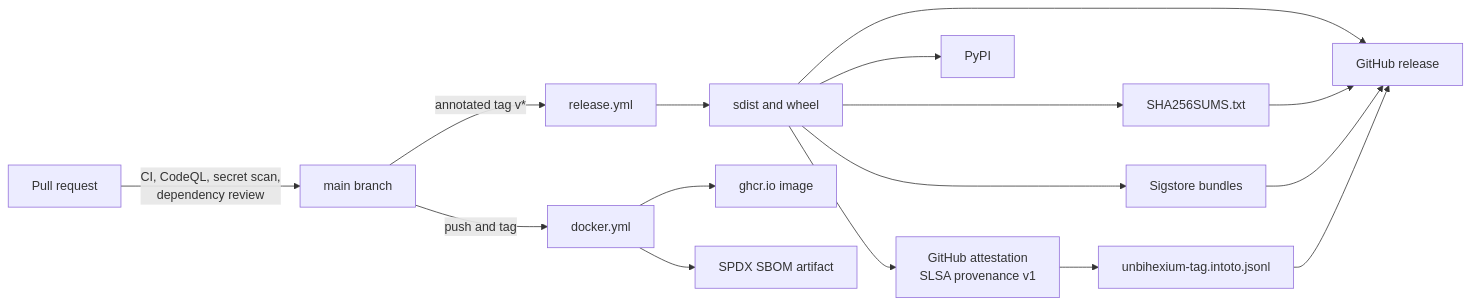
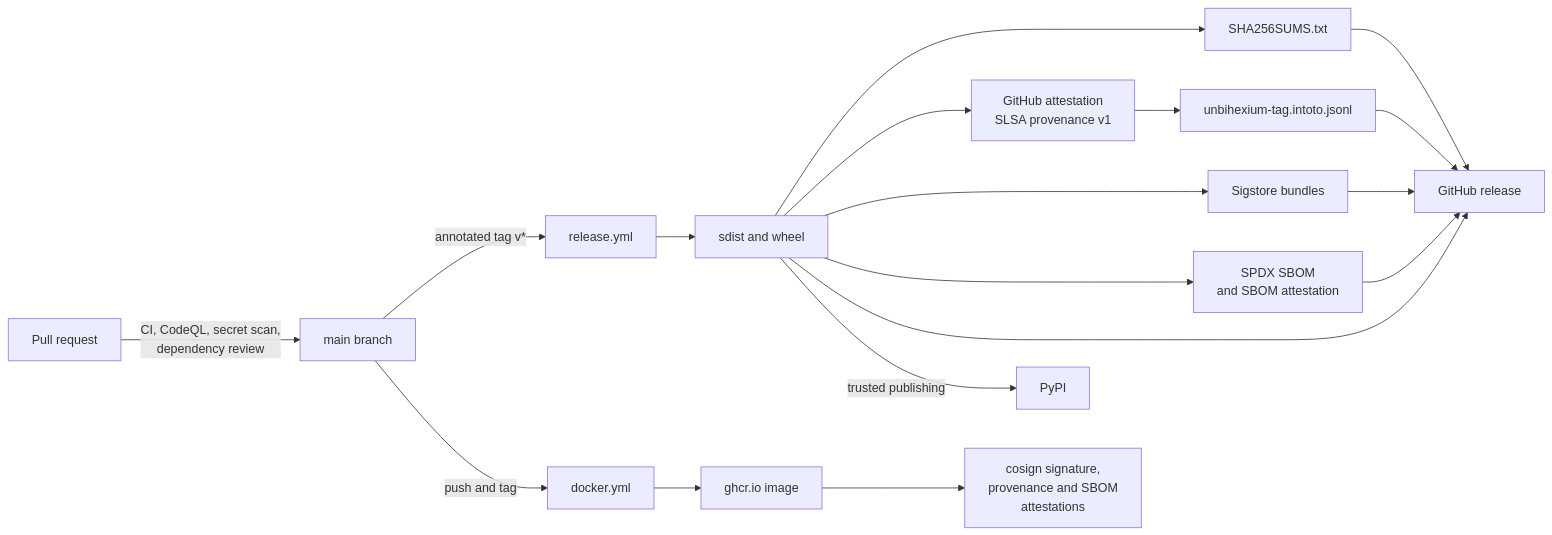
The diagram in docs/security/supply_chain_security.md (unbihexium-oss/unbihexium), drawn with Mermaid before and after one commit. The commit also changed other lines of this file and 16 other files, not shown here.

First line of the commit message:
docs: describe the platform tests, trusted publishing, signing, SBOMs and gates

````diff
--- a/docs/security/supply_chain_security.md
+++ b/docs/security/supply_chain_security.md
@@ -59,18 +59,20 @@
 ```mermaid
 flowchart LR
     A[Pull request] -->|CI, CodeQL, secret scan,<br/>dependency review| B[main branch]
     B -->|annotated tag v*| C[release.yml]
     C --> D[sdist and wheel]
     D --> E[SHA256SUMS.txt]
     D --> F[GitHub attestation<br/>SLSA provenance v1]
     D --> G[Sigstore bundles]
+    D --> S[SPDX SBOM<br/>and SBOM attestation]
     F --> H[unbihexium-tag.intoto.jsonl]
     D --> I[GitHub release]
     E --> I
     G --> I
     H --> I
-    D --> J[PyPI]
+    S --> I
+    D -->|trusted publishing| J[PyPI]
     B -->|push and tag| K[docker.yml]
     K --> L[ghcr.io image]
-    K --> M[SPDX SBOM artifact]
+    L --> M[cosign signature,<br/>provenance and SBOM<br/>attestations]
 ```
````
